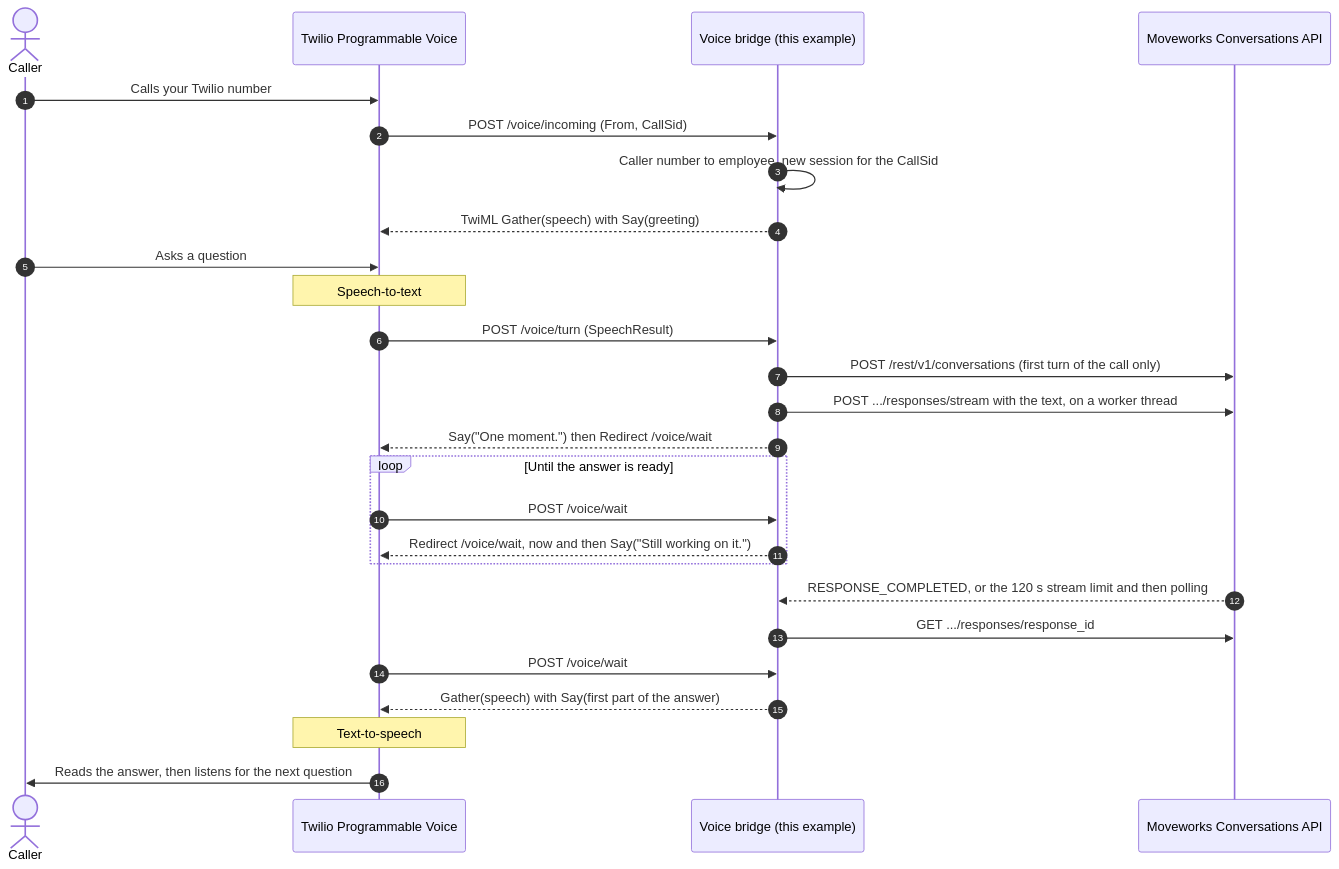
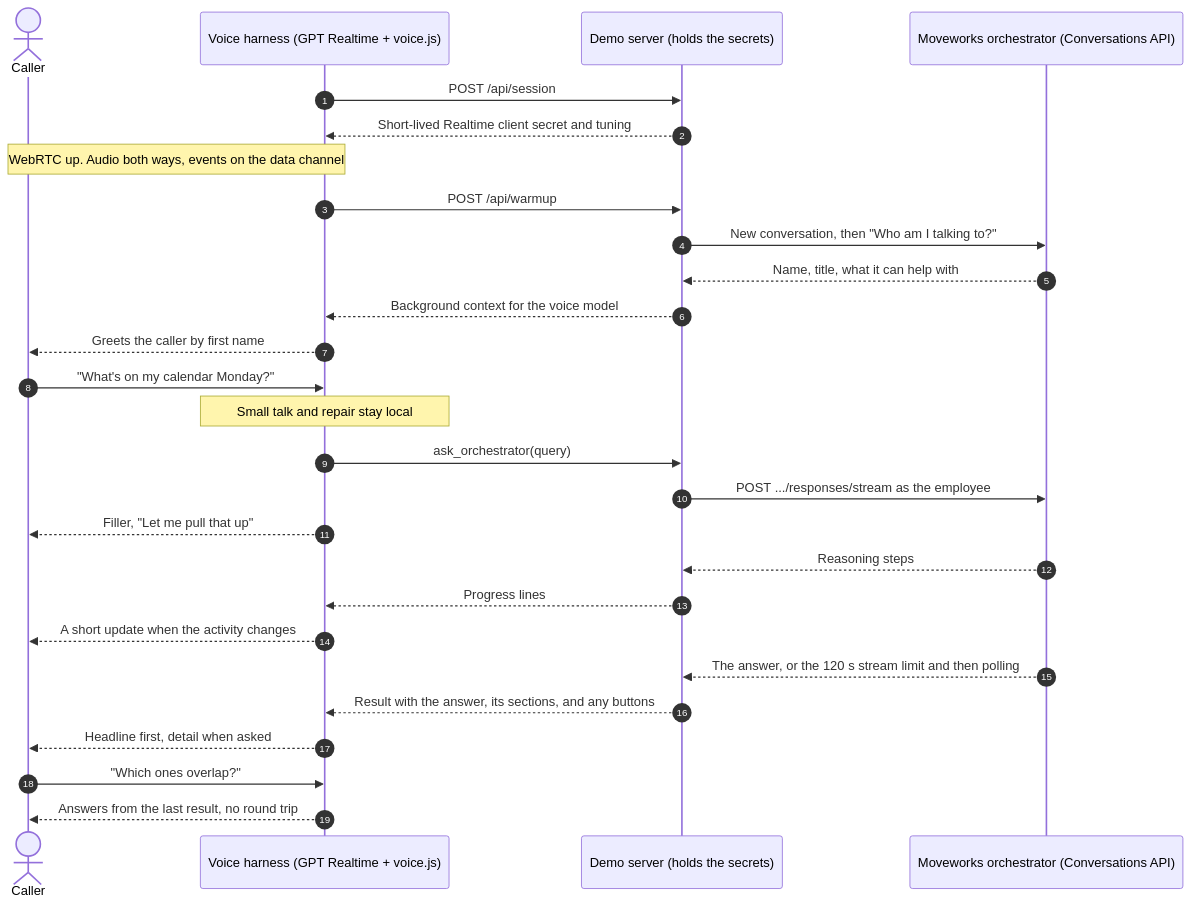
One commit to moveworks/conversations-api-starter changed the diagram in examples/voice/README.md. Above: the diagram before and after it, drawn with Mermaid. The commit also changed other lines of this file and 22 other files, not shown here.

````diff
--- a/examples/voice/README.md
+++ b/examples/voice/README.md
@@ -18,29 +22,30 @@
 ```mermaid
 sequenceDiagram
     autonumber
     actor Caller
-    participant Twilio as Twilio Programmable Voice
-    participant Bridge as Voice bridge (this example)
-    participant CAPI as Moveworks Conversations API
+    participant Voice as Voice harness (GPT Realtime + voice.js)
+    participant Server as Demo server (holds the secrets)
+    participant Orch as Moveworks orchestrator (Conversations API)
 
-    Caller->>Twilio: Calls your Twilio number
-    Twilio->>Bridge: POST /voice/incoming (From, CallSid)
-    Bridge->>Bridge: Caller number to employee, new session for the CallSid
-    Bridge-->>Twilio: TwiML Gather(speech) with Say(greeting)
-    Caller->>Twilio: Asks a question
-    Note over Twilio: Speech-to-text
-    Twilio->>Bridge: POST /voice/turn (SpeechResult)
-    Bridge->>CAPI: POST /rest/v1/conversations (first turn of the call only)
-    Bridge->>CAPI: POST .../responses/stream with the text, on a worker thread
-    Bridge-->>Twilio: Say("One moment.") then Redirect /voice/wait
-    loop Until the answer is ready
-        Twilio->>Bridge: POST /voice/wait
-        Bridge-->>Twilio: Redirect /voice/wait, now and then Say("Still working on it.")
-    end
-    CAPI-->>Bridge: RESPONSE_COMPLETED, or the 120 s stream limit and then polling
-    Bridge->>CAPI: GET .../responses/response_id
-    Twilio->>Bridge: POST /voice/wait
-    Bridge-->>Twilio: Gather(speech) with Say(first part of the answer)
-    Note over Twilio: Text-to-speech
-    Twilio->>Caller: Reads the answer, then listens for the next question
+    Voice->>Server: POST /api/session
+    Server-->>Voice: Short-lived Realtime client secret and tuning
+    Note over Caller,Voice: WebRTC up. Audio both ways, events on the data channel
+    Voice->>Server: POST /api/warmup
+    Server->>Orch: New conversation, then "Who am I talking to?"
+    Orch-->>Server: Name, title, what it can help with
+    Server-->>Voice: Background context for the voice model
+    Voice-->>Caller: Greets the caller by first name
+    Caller->>Voice: "What's on my calendar Monday?"
+    Note over Voice: Small talk and repair stay local
+    Voice->>Server: ask_orchestrator(query)
+    Server->>Orch: POST .../responses/stream as the employee
+    Voice-->>Caller: Filler, "Let me pull that up"
+    Orch-->>Server: Reasoning steps
+    Server-->>Voice: Progress lines
+    Voice-->>Caller: A short update when the activity changes
+    Orch-->>Server: The answer, or the 120 s stream limit and then polling
+    Server-->>Voice: Result with the answer, its sections, and any buttons
+    Voice-->>Caller: Headline first, detail when asked
+    Caller->>Voice: "Which ones overlap?"
+    Voice-->>Caller: Answers from the last result, no round trip
 ```
````
